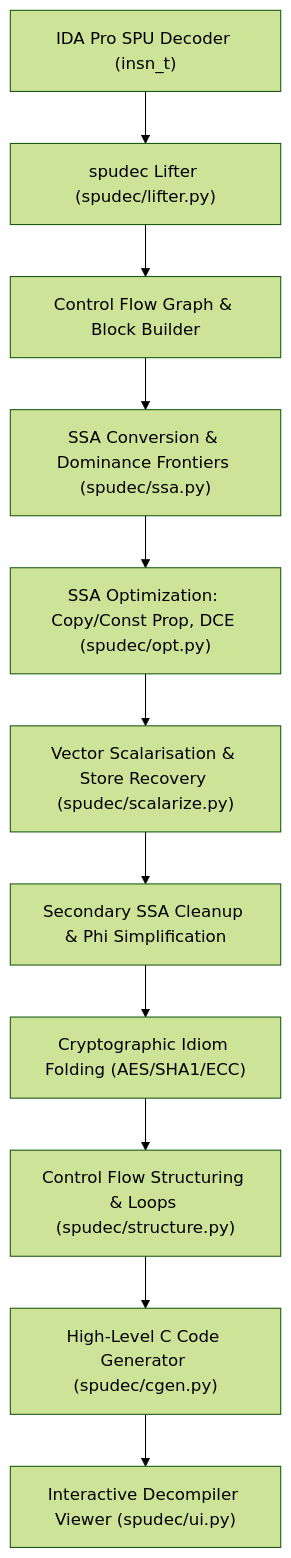
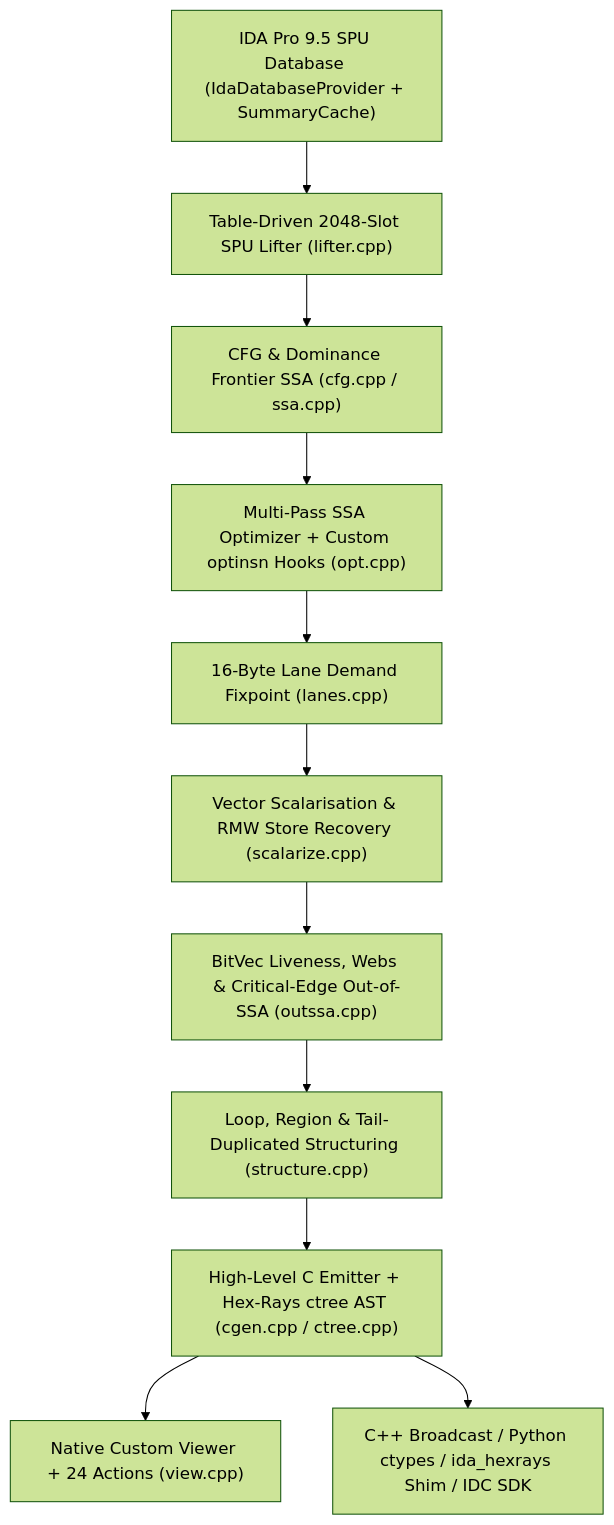
Before and after one commit to ProximaV/spudec: the diagram in README.md, drawn with Mermaid (forest theme). The commit also changed other lines of this file and 87 other files, not shown here.

````diff
--- a/README.md
+++ b/README.md
@@ -7,13 +7,14 @@
 ```mermaid
 flowchart TD
-    IDA["IDA Pro SPU Decoder (insn_t)"] --> Lifter["spudec Lifter (spudec/lifter.py)"]
-    Lifter --> CFG["Control Flow Graph & Block Builder"]
-    CFG --> SSA["SSA Conversion & Dominance Frontiers (spudec/ssa.py)"]
-    SSA --> Opt1["SSA Optimization: Copy/Const Prop, DCE (spudec/opt.py)"]
-    Opt1 --> Scalarize["Vector Scalarisation & Store Recovery (spudec/scalarize.py)"]
-    Scalarize --> Opt2["Secondary SSA Cleanup & Phi Simplification"]
-    Opt2 --> SBox["Cryptographic Idiom Folding (AES/SHA1/ECC)"]
-    SBox --> Struct["Control Flow Structuring & Loops (spudec/structure.py)"]
-    Struct --> CGen["High-Level C Code Generator (spudec/cgen.py)"]
-    CGen --> UI["Interactive Decompiler Viewer (spudec/ui.py)"]
+    IDA["IDA Pro 9.5 SPU Database (IdaDatabaseProvider + SummaryCache)"] --> Lifter["Table-Driven 2048-Slot SPU Lifter (lifter.cpp)"]
+    Lifter --> CFG["CFG & Dominance Frontier SSA (cfg.cpp / ssa.cpp)"]
+    SSA_Opt["Multi-Pass SSA Optimizer + Custom optinsn Hooks (opt.cpp)"]
+    CFG --> SSA_Opt
+    SSA_Opt --> Lanes["16-Byte Lane Demand Fixpoint (lanes.cpp)"]
+    Lanes --> Scalarize["Vector Scalarisation & RMW Store Recovery (scalarize.cpp)"]
+    Scalarize --> OutSSA["BitVec Liveness, Webs & Critical-Edge Out-of-SSA (outssa.cpp)"]
+    OutSSA --> Struct["Loop, Region & Tail-Duplicated Structuring (structure.cpp)"]
+    Struct --> CGen["High-Level C Emitter + Hex-Rays ctree AST (cgen.cpp / ctree.cpp)"]
+    CGen --> Vdui["Native Custom Viewer + 24 Actions (view.cpp)"]
+    CGen --> SDK["C++ Broadcast / Python ctypes / ida_hexrays Shim / IDC SDK"]
 ```
````
